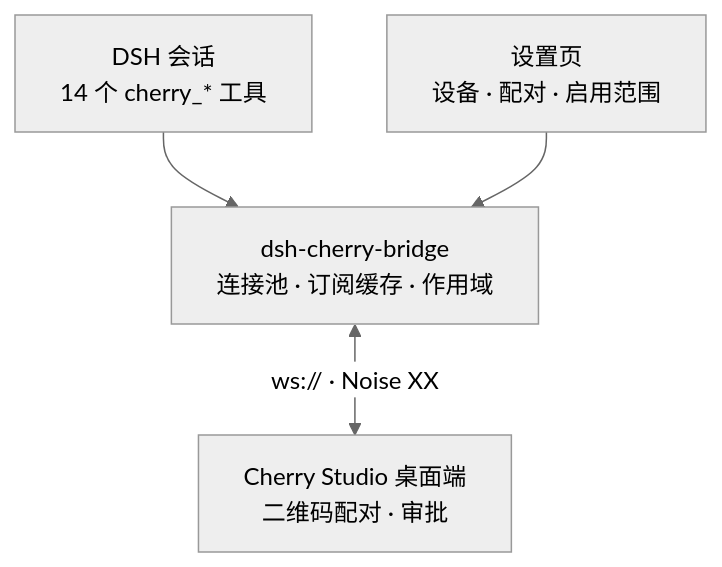
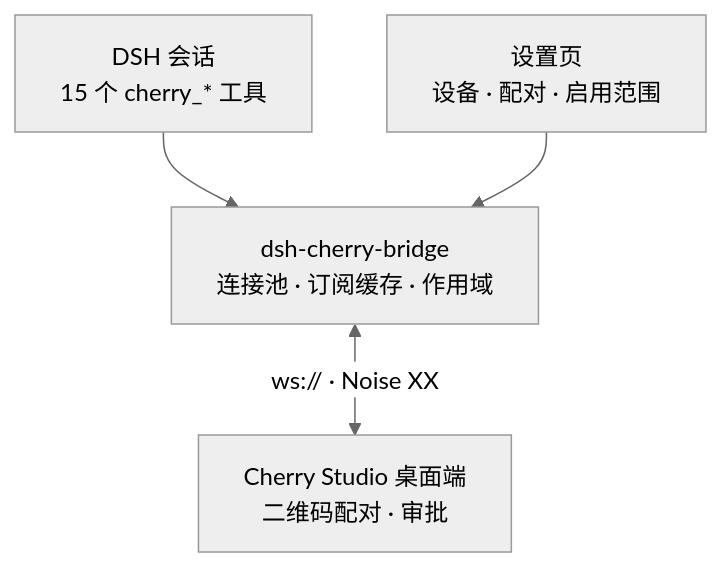
Before and after one commit to SAXEM1997/dsh-cherry-bridge: the diagram in README.md, drawn with Mermaid (neutral theme). The commit also changed other lines of this file and 4 other files, not shown here.

````diff
--- a/README.md
+++ b/README.md
@@ -20,7 +20,7 @@
 ```mermaid
 flowchart TB
-    T["DSH 会话<br/>14 个 cherry_* 工具"] --> P
+    T["DSH 会话<br/>15 个 cherry_* 工具"] --> P
     W["设置页<br/>设备 · 配对 · 启用范围"] --> P
     P["dsh-cherry-bridge<br/>连接池 · 订阅缓存 · 作用域"]
     P <-->|"ws:// · Noise XX"| C["Cherry Studio 桌面端<br/>二维码配对 · 审批"]
 ```
````
